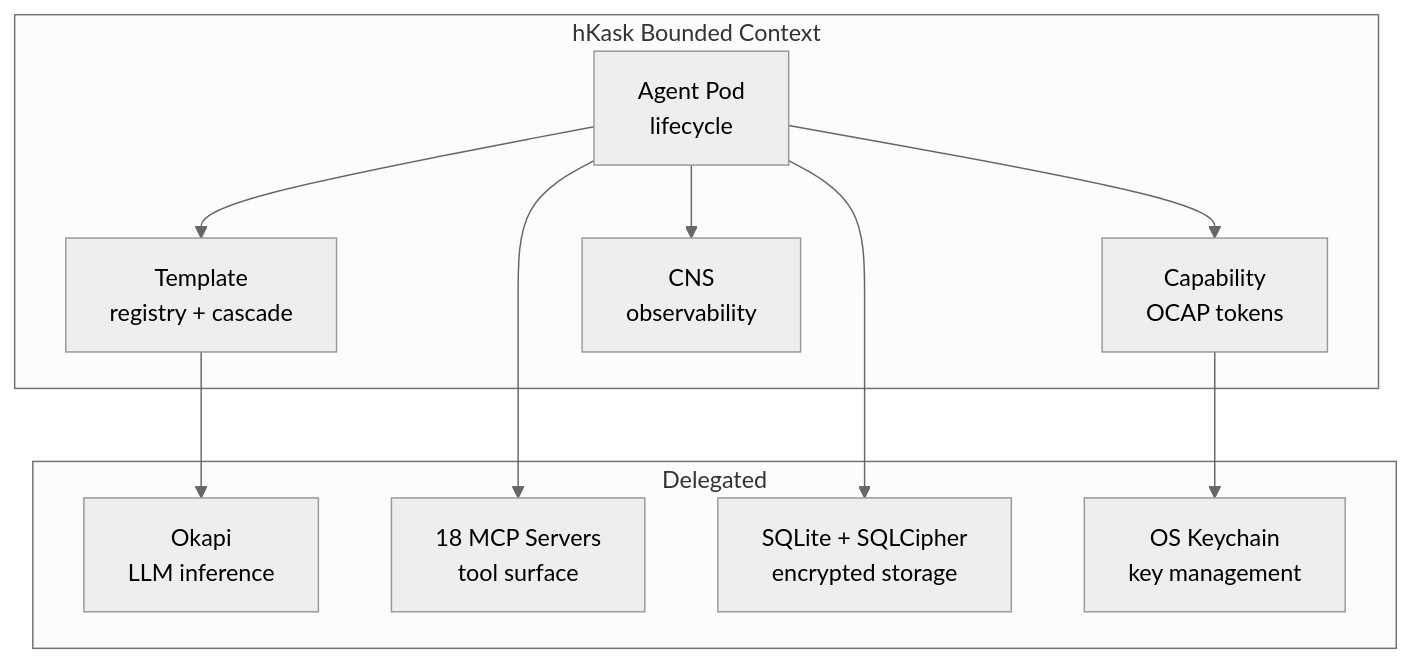
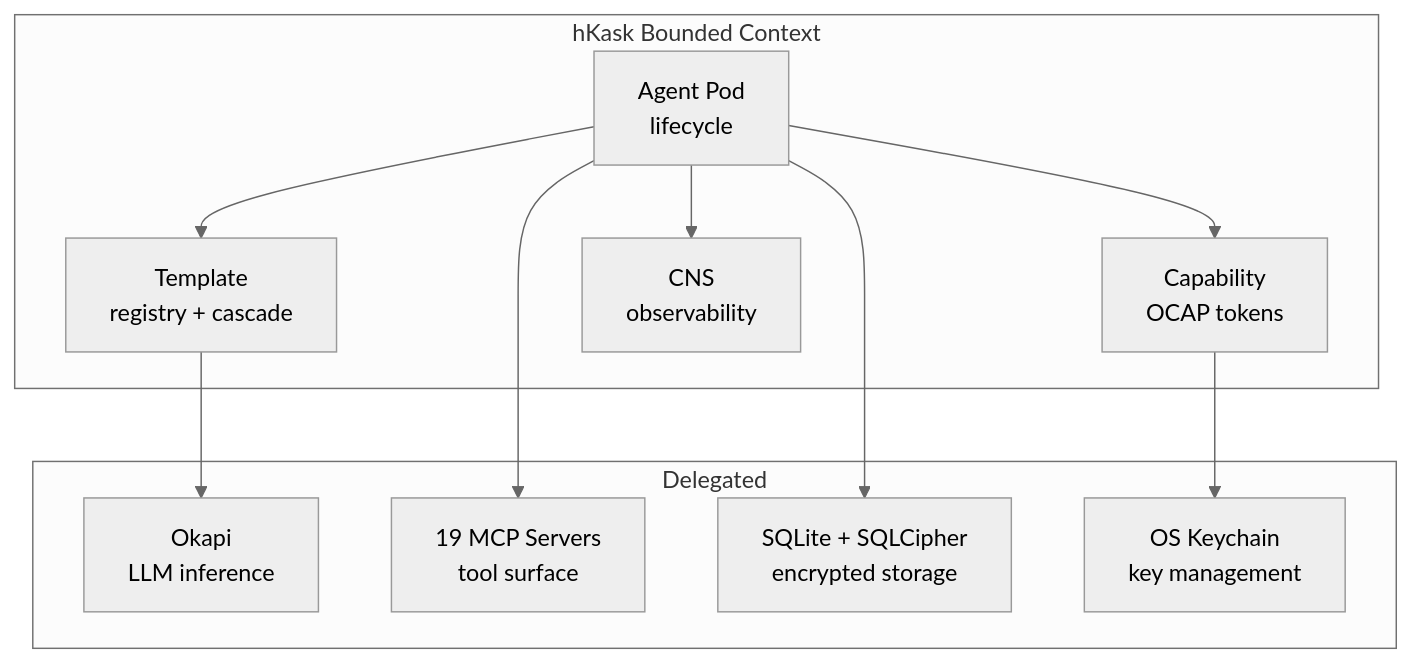
Before and after one commit to mdz-axo/hKask: the first of 4 diagrams in docs/architecture/domain-and-capability.md, drawn with Mermaid (neutral theme). The commit also changed other lines of this file and 15 other files, not shown here.

````diff
--- a/docs/architecture/domain-and-capability.md
+++ b/docs/architecture/domain-and-capability.md
@@ -37,24 +37,24 @@
 ```mermaid
 graph TD
     subgraph BoundedContext["hKask Bounded Context"]
         POD["Agent Pod<br/>lifecycle"]
         CAP["Capability<br/>OCAP tokens"]
         TPL["Template<br/>registry + cascade"]
         CNS["CNS<br/>observability"]
     end
 
     subgraph Delegated["Delegated"]
         OKAPI["Okapi<br/>LLM inference"]
-        MCP_EXT["18 MCP Servers<br/>tool surface"]
+        MCP_EXT["19 MCP Servers<br/>tool surface"]
         SQLITE["SQLite + SQLCipher<br/>encrypted storage"]
         KEYCHAIN["OS Keychain<br/>key management"]
     end
 
     POD --> CAP
     POD --> TPL
     POD --> CNS
     TPL --> OKAPI
     POD --> MCP_EXT
     POD --> SQLITE
     CAP --> KEYCHAIN
 ```
````
